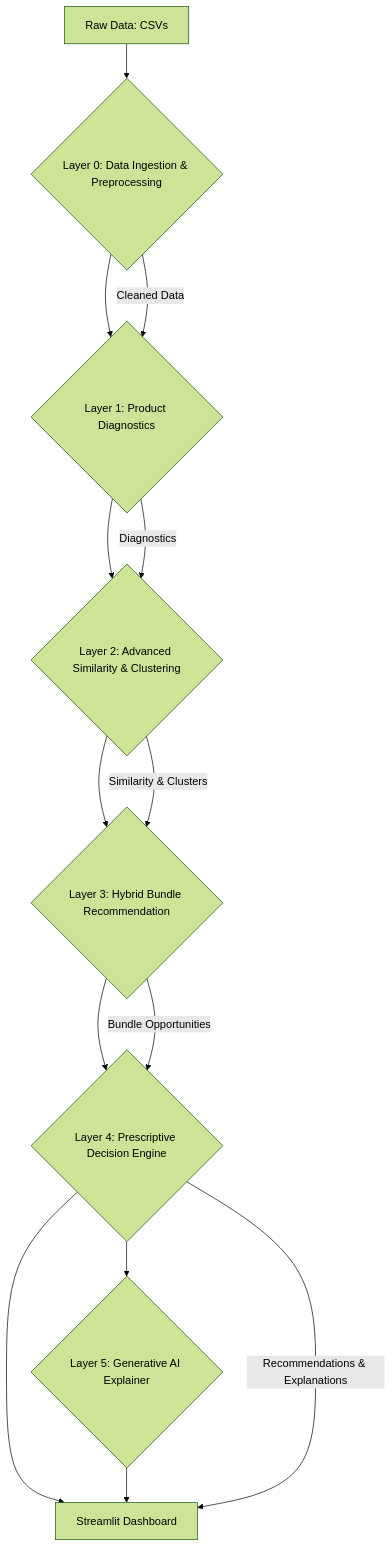
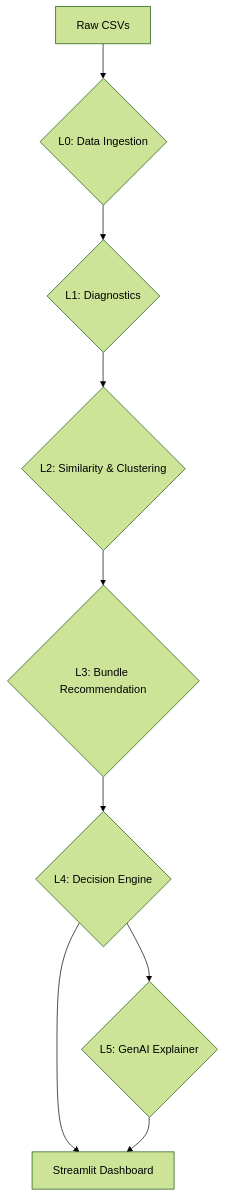
The diagram in README.md (Asayil-20/SPARK_Project), drawn with Mermaid (forest theme) before and after one commit. The commit also changed other lines of this file, not shown here.

````diff
--- a/README.md
+++ b/README.md
@@ -33,16 +28,11 @@
 ```mermaid
 graph TD
-    A[Raw Data: CSVs] --> B{Layer 0: Data Ingestion & Preprocessing};
-    B --> C{Layer 1: Product Diagnostics};
-    C --> D{Layer 2: Advanced Similarity & Clustering};
-    D --> E{Layer 3: Hybrid Bundle Recommendation};
-    E --> F{Layer 4: Prescriptive Decision Engine};
-    F --> G{Layer 5: Generative AI Explainer};
+    A[Raw CSVs] --> B{L0: Data Ingestion};
+    B --> C{L1: Diagnostics};
+    C --> D{L2: Similarity & Clustering};
+    D --> E{L3: Bundle Recommendation};
+    E --> F{L4: Decision Engine};
+    F --> G{L5: GenAI Explainer};
     F --> H[Streamlit Dashboard];
     G --> H;
-    B -- Cleaned Data --> C;
-    C -- Diagnostics --> D;
-    D -- Similarity & Clusters --> E;
-    E -- Bundle Opportunities --> F;
-    F -- Recommendations & Explanations --> H;
 ```
````
